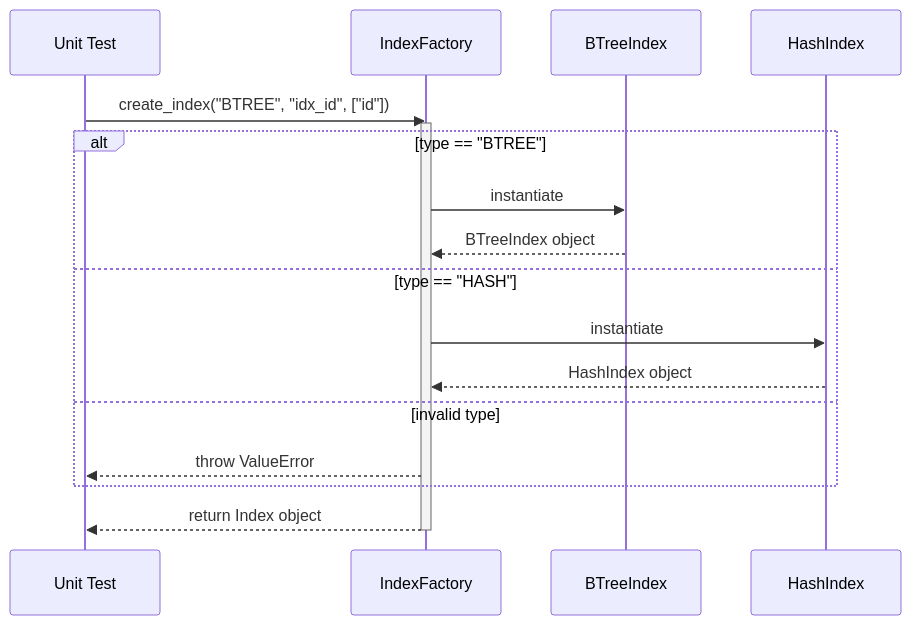
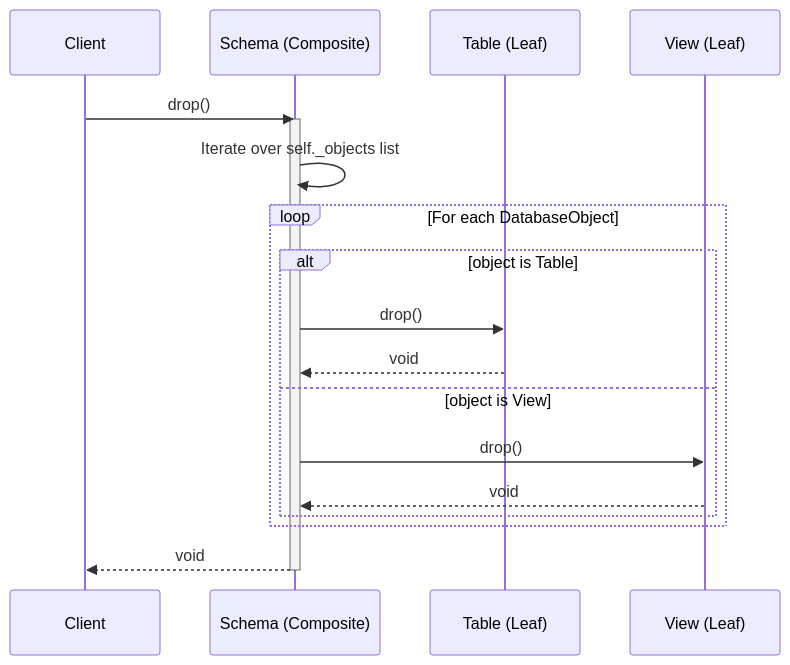
Before and after one commit to Ricky13170/bbv_DBMS: the fourth of 14 diagrams in docs/readme.md, drawn with Mermaid. The commit also changed other lines of this file and 10 other files, not shown here.

````diff
--- a/docs/readme.md
+++ b/docs/readme.md
@@ -106,21 +92,23 @@
 ```mermaid
 sequenceDiagram
-    participant Client as Unit Test
-    participant Factory as IndexFactory
-    participant BTree as BTreeIndex
-    participant Hash as HashIndex
+    participant Client
+    participant Sch as Schema (Composite)
+    participant Tbl as Table (Leaf)
+    participant View as View (Leaf)
+
+    Client->>Sch: drop()
+    activate Sch
+    Sch->>Sch: Iterate over self._objects list
     
-    Client->>Factory: create_index("BTREE", "idx_id", ["id"])
-    activate Factory
-    alt type == "BTREE"
-        Factory->>BTree: instantiate
-        BTree-->>Factory: BTreeIndex object
-    else type == "HASH"
-        Factory->>Hash: instantiate
-        Hash-->>Factory: HashIndex object
-    else invalid type
-        Factory-->>Client: throw ValueError
+    loop For each DatabaseObject
+        alt object is Table
+            Sch->>Tbl: drop()
+            Tbl-->>Sch: void
+        else object is View
+            Sch->>View: drop()
+            View-->>Sch: void
+        end
     end
-    Factory-->>Client: return Index object
-    deactivate Factory
+    Sch-->>Client: void
+    deactivate Sch
 ```
````
